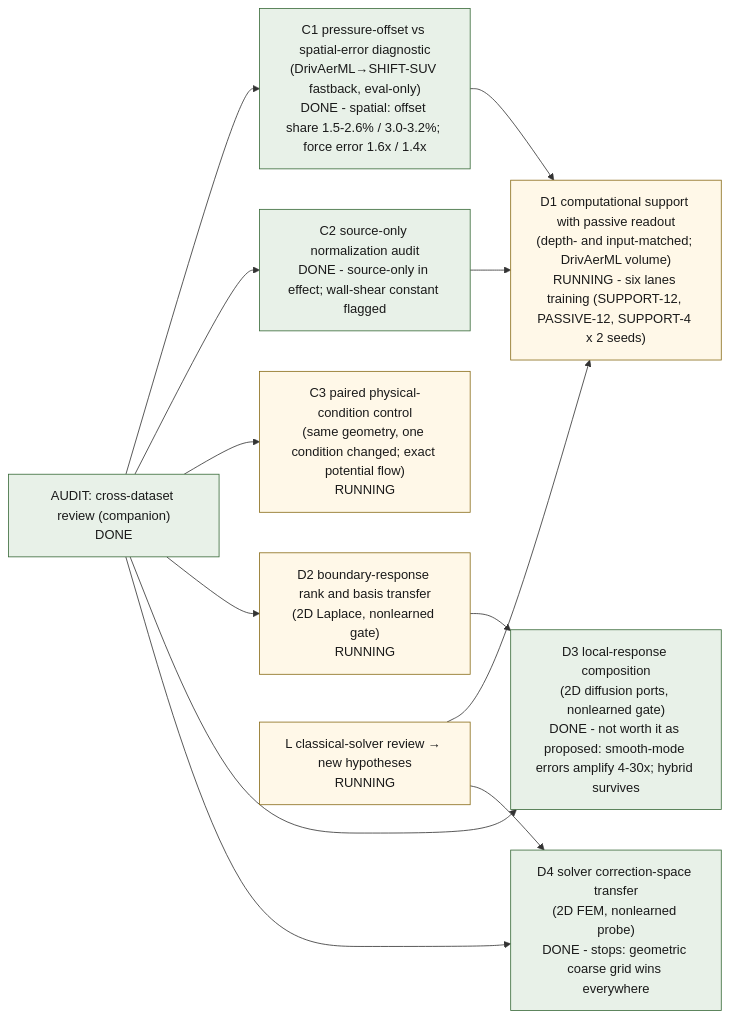
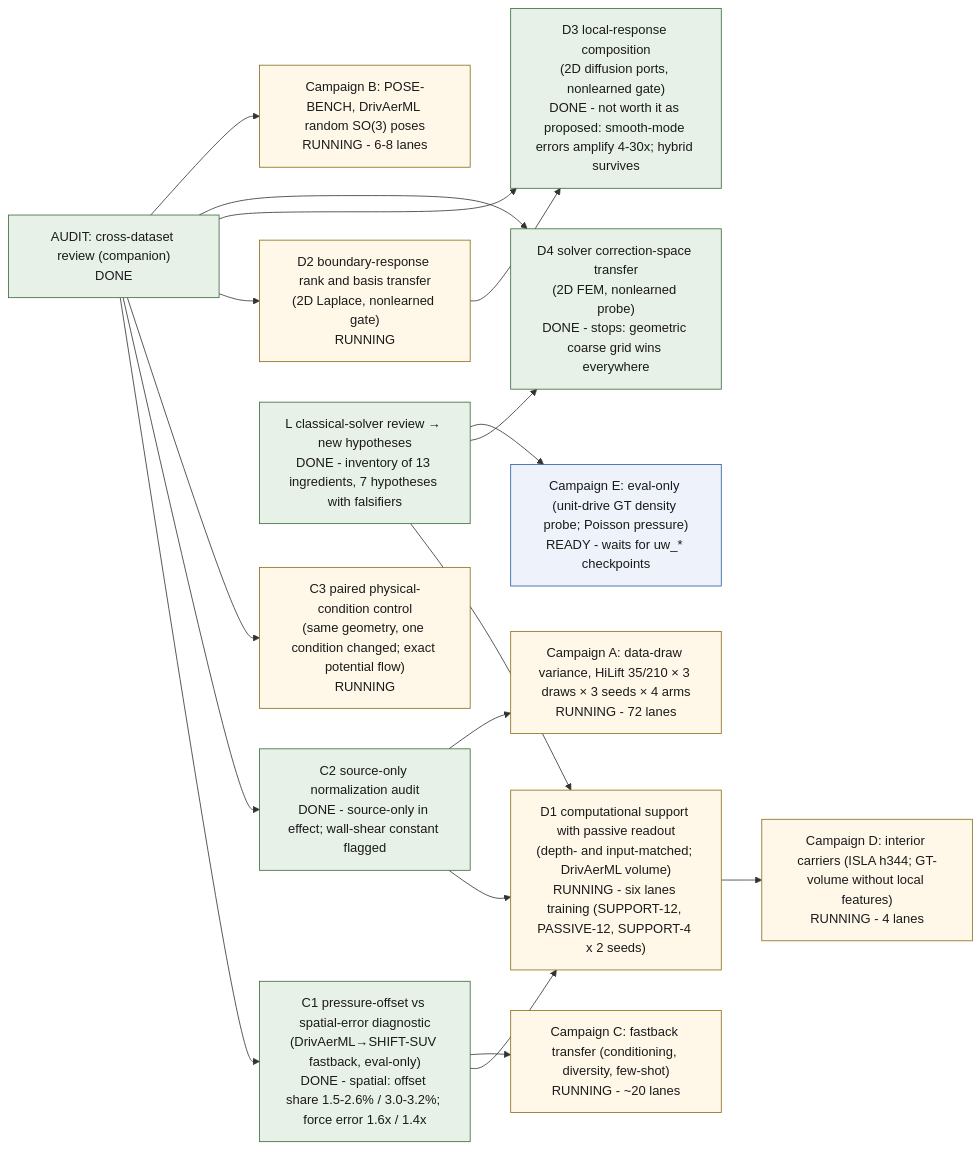
One commit to peterdsharpe/modulus changed the diagram in examples/cfd/mesh_transformer/research/transfer_program/index.qmd. Above: the diagram before and after it, drawn with Mermaid. The commit also changed other lines of this file and 1 other file, not shown here.

Commit message:
Transfer program: campaign preregistrations (A draws, B pose, C transfer, D interior carriers, E eval-only), ledger nodes, D lanes launched

````diff
--- a/examples/cfd/mesh_transformer/research/transfer_program/index.qmd
+++ b/examples/cfd/mesh_transformer/research/transfer_program/index.qmd
@@ -36,27 +36,37 @@
 ```{mermaid}
 flowchart LR
   classDef done fill:#e8f1e8,stroke:#3a6b3a,color:#1a1a1a
   classDef running fill:#fff8e8,stroke:#8a6d1a,color:#1a1a1a
   classDef ready fill:#eef3fb,stroke:#2a5ba8,color:#1a1a1a
   classDef planned fill:#f2f1ec,stroke:#898781,color:#1a1a1a,stroke-dasharray:4 3
   AUDIT["AUDIT: cross-dataset review (companion)<br/>DONE"]:::done
   POFF["C1 pressure-offset vs spatial-error diagnostic<br/>(DrivAerML→SHIFT-SUV fastback, eval-only)<br/>DONE - spatial: offset share 1.5-2.6% / 3.0-3.2%; force error 1.6x / 1.4x"]:::done
   SNORM["C2 source-only normalization audit<br/>DONE - source-only in effect; wall-shear constant flagged"]:::done
   PAIR["C3 paired physical-condition control<br/>(same geometry, one condition changed; exact potential flow)<br/>RUNNING"]:::running
   SUPP["D1 computational support with passive readout<br/>(depth- and input-matched; DrivAerML volume)<br/>RUNNING - six lanes training (SUPPORT-12, PASSIVE-12, SUPPORT-4 x 2 seeds)"]:::running
   RESP["D2 boundary-response rank and basis transfer<br/>(2D Laplace, nonlearned gate)<br/>RUNNING"]:::running
   COMP["D3 local-response composition<br/>(2D diffusion ports, nonlearned gate)<br/>DONE - not worth it as proposed: smooth-mode errors amplify 4-30x; hybrid survives"]:::done
   SOLV["D4 solver correction-space transfer<br/>(2D FEM, nonlearned probe)<br/>DONE - stops: geometric coarse grid wins everywhere"]:::done
-  CLASS["L classical-solver review → new hypotheses<br/>RUNNING"]:::running
+  CLASS["L classical-solver review → new hypotheses<br/>DONE - inventory of 13 ingredients, 7 hypotheses with falsifiers"]:::done
+  CAMPA["Campaign A: data-draw variance, HiLift 35/210 × 3 draws × 3 seeds × 4 arms<br/>RUNNING - 72 lanes"]:::running
+  CAMPB["Campaign B: POSE-BENCH, DrivAerML random SO(3) poses<br/>RUNNING - 6-8 lanes"]:::running
+  CAMPC["Campaign C: fastback transfer (conditioning, diversity, few-shot)<br/>RUNNING - ~20 lanes"]:::running
+  CAMPD["Campaign D: interior carriers (ISLA h344; GT-volume without local features)<br/>RUNNING - 4 lanes"]:::running
+  CAMPE["Campaign E: eval-only (unit-drive GT density probe; Poisson pressure)<br/>READY - waits for uw_* checkpoints"]:::ready
   AUDIT --> POFF
   AUDIT --> SNORM
   AUDIT --> PAIR
   POFF --> SUPP
   SNORM --> SUPP
   AUDIT --> RESP
   AUDIT --> COMP
   AUDIT --> SOLV
   RESP --> COMP
   CLASS --> SUPP
   CLASS --> SOLV
+  POFF --> CAMPC
+  SNORM --> CAMPA
+  CLASS --> CAMPE
+  SUPP --> CAMPD
+  AUDIT --> CAMPB
 ```
````
